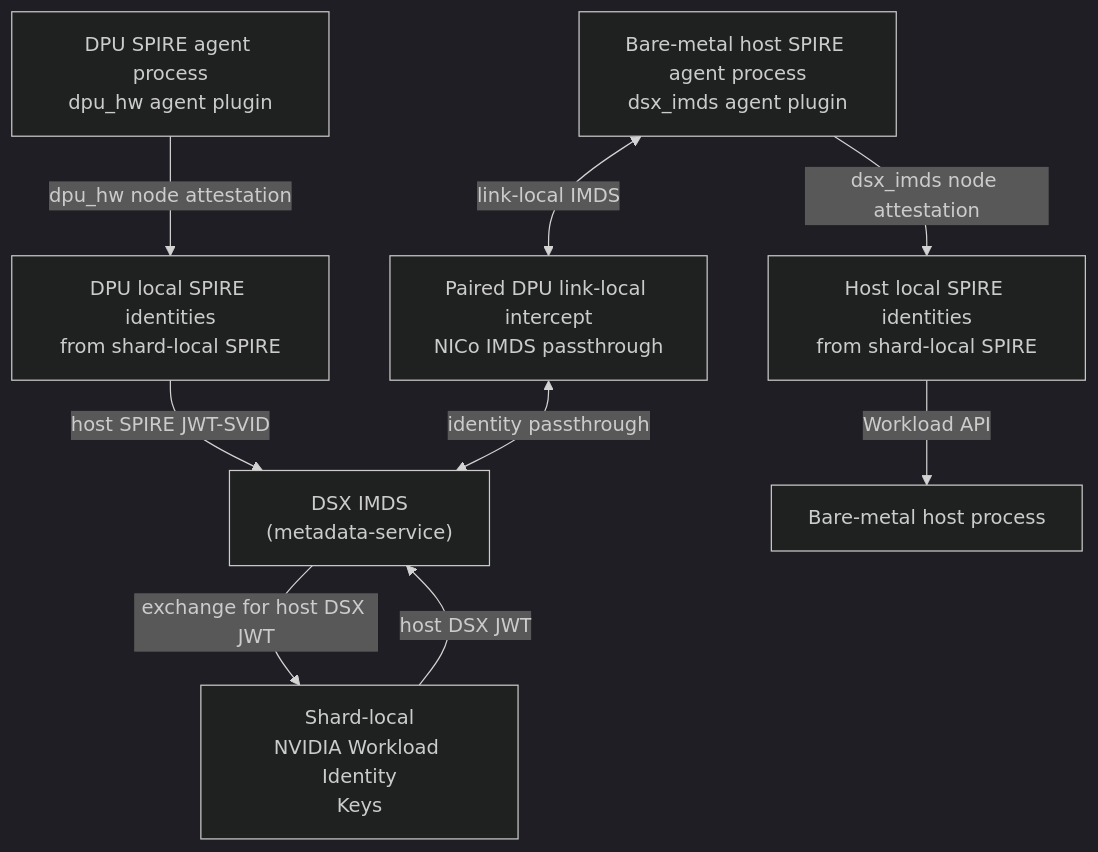
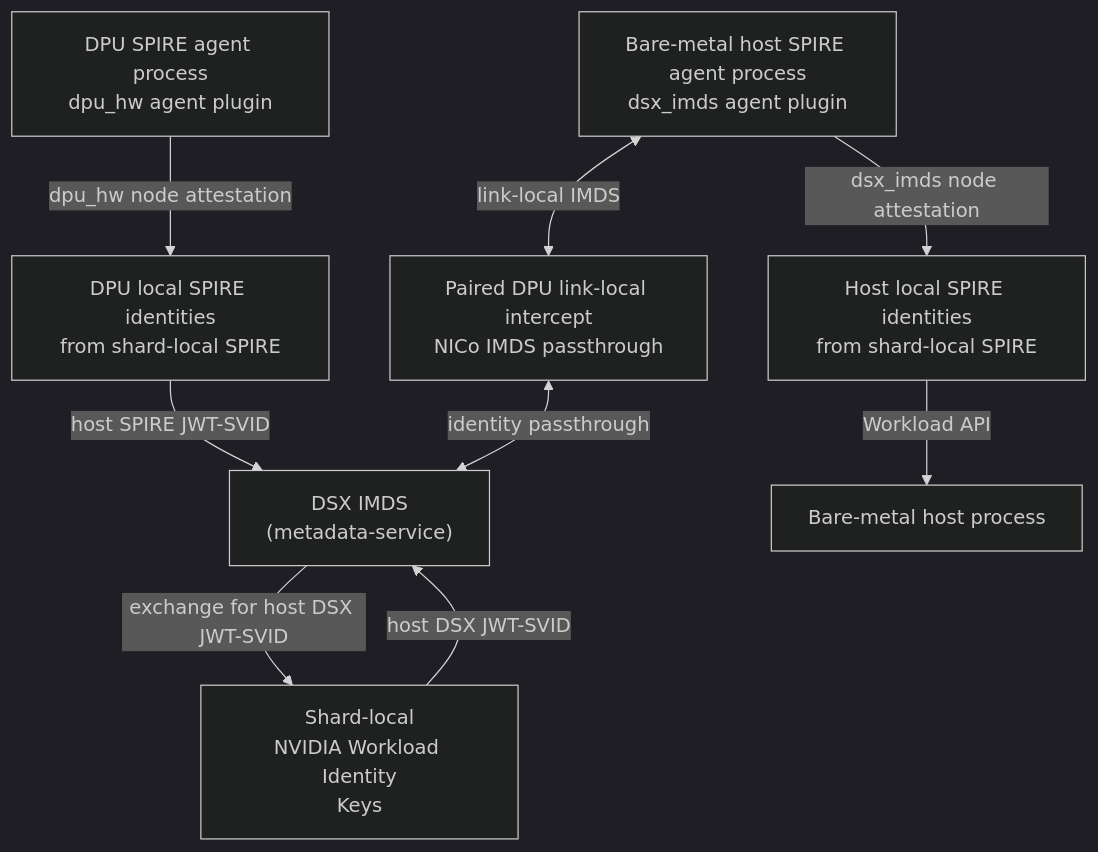
Before and after one commit to dsx-ai-factory/nvidia-workload-identity: the first of 2 diagrams in cmd/dsx-imds-node-attestor-agent/README.md, drawn with Mermaid (dark theme). The commit also changed other lines of this file and 21 other files, not shown here.

````diff
--- a/cmd/dsx-imds-node-attestor-agent/README.md
+++ b/cmd/dsx-imds-node-attestor-agent/README.md
@@ -22,20 +22,20 @@
 ```mermaid
 flowchart TB
   DPUIdentities["DPU local SPIRE identities<br/>from shard-local SPIRE"]
   HostIdentities["Host local SPIRE identities<br/>from shard-local SPIRE"]
   IdentityKeys["Shard-local<br/>NVIDIA Workload Identity<br/>Keys"]
   DPUAgent["DPU SPIRE agent process<br/>dpu_hw agent plugin"]
   NICoIMDS["Paired DPU link-local intercept<br/>NICo IMDS passthrough"]
   DSXIMDS["DSX IMDS<br/>(metadata-service)"]
   HostAgent["Bare-metal host SPIRE agent process<br/>dsx_imds agent plugin"]
   HostProcess["Bare-metal host process"]
 
   DPUAgent -->|"dpu_hw node attestation"| DPUIdentities
   DPUIdentities -->|"host SPIRE JWT-SVID"| DSXIMDS
-  DSXIMDS -->|"exchange for host DSX JWT"| IdentityKeys
-  IdentityKeys -->|"host DSX JWT"| DSXIMDS
+  DSXIMDS -->|"exchange for host DSX JWT-SVID"| IdentityKeys
+  IdentityKeys -->|"host DSX JWT-SVID"| DSXIMDS
   HostAgent <-->|"link-local IMDS"| NICoIMDS
   NICoIMDS <-->|"identity passthrough"| DSXIMDS
   HostAgent -->|"dsx_imds node attestation"| HostIdentities
   HostIdentities -->|"Workload API"| HostProcess
 ```
````
